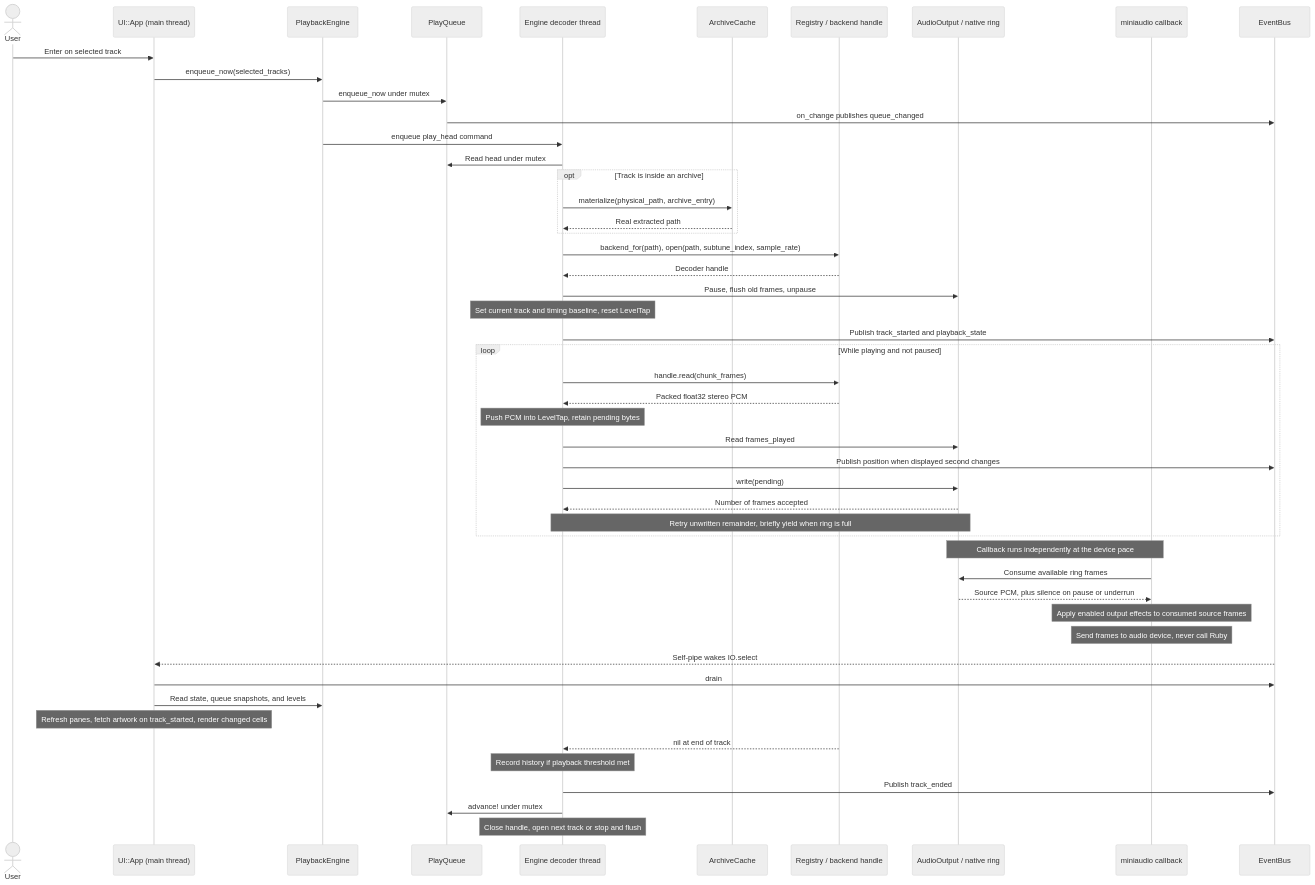
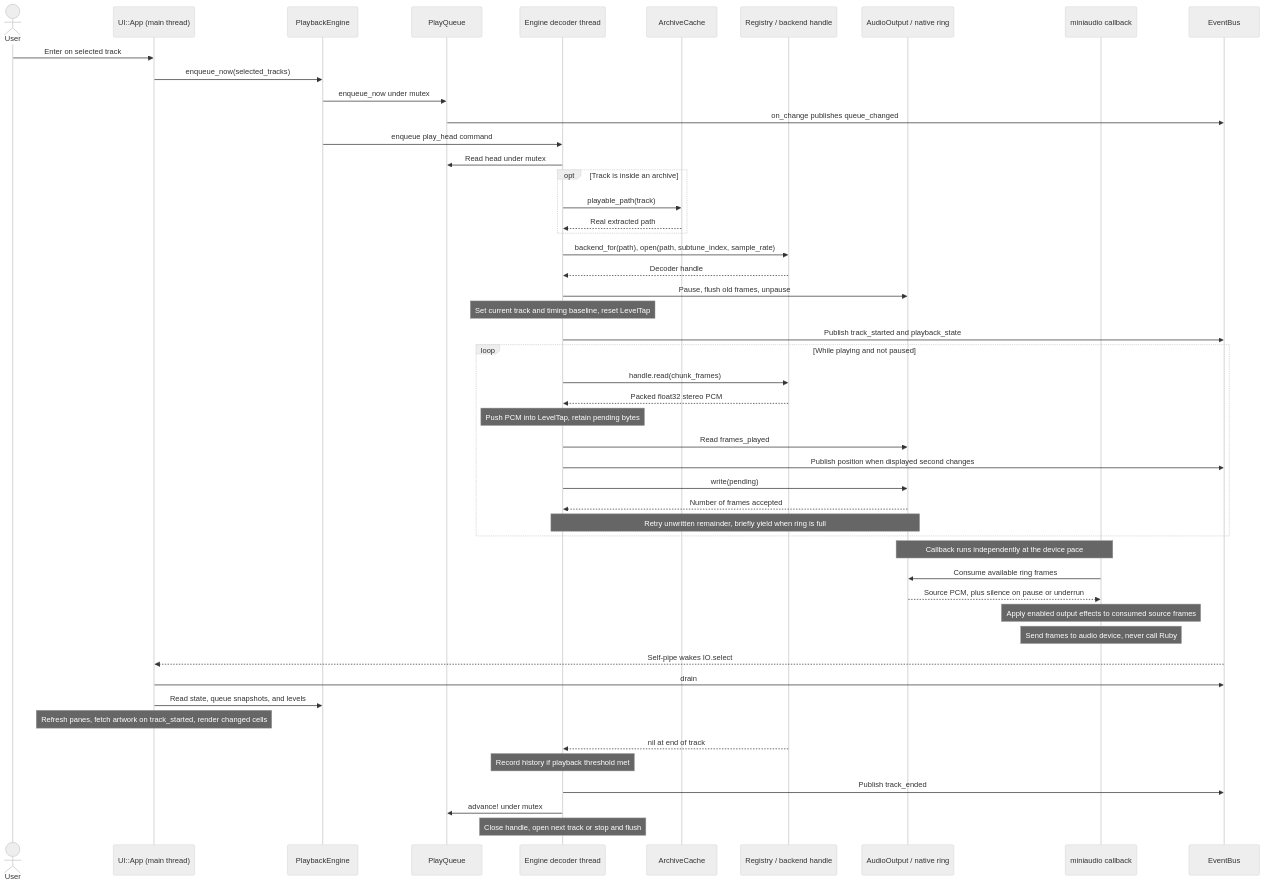
The diagram in docs/explainers/playback.md (booty/rubyplayer), drawn with Mermaid (neutral theme) before and after one commit. The commit also changed other lines of this file and 5 other files, not shown here.

````diff
--- a/docs/explainers/playback.md
+++ b/docs/explainers/playback.md
@@ -9,57 +9,57 @@
 ```mermaid
 sequenceDiagram
     actor User
     participant App as UI::App (main thread)
     participant Engine as PlaybackEngine
     participant Queue as PlayQueue
     participant Decoder as Engine decoder thread
     participant Cache as ArchiveCache
     participant Backend as Registry / backend handle
     participant Audio as AudioOutput / native ring
     participant Callback as miniaudio callback
     participant Bus as EventBus
 
     User->>App: Enter on selected track
     App->>Engine: enqueue_now(selected_tracks)
     Engine->>Queue: enqueue_now under mutex
     Queue->>Bus: on_change publishes queue_changed
     Engine->>Decoder: enqueue play_head command
     Decoder->>Queue: Read head under mutex
     opt Track is inside an archive
-        Decoder->>Cache: materialize(physical_path, archive_entry)
+        Decoder->>Cache: playable_path(track)
         Cache-->>Decoder: Real extracted path
     end
     Decoder->>Backend: backend_for(path), open(path, subtune_index, sample_rate)
     Backend-->>Decoder: Decoder handle
     Decoder->>Audio: Pause, flush old frames, unpause
     Note over Decoder: Set current track and timing baseline, reset LevelTap
     Decoder->>Bus: Publish track_started and playback_state
 
     loop While playing and not paused
         Decoder->>Backend: handle.read(chunk_frames)
         Backend-->>Decoder: Packed float32 stereo PCM
         Note over Decoder: Push PCM into LevelTap, retain pending bytes
         Decoder->>Audio: Read frames_played
         Decoder->>Bus: Publish position when displayed second changes
         Decoder->>Audio: write(pending)
         Audio-->>Decoder: Number of frames accepted
         Note over Decoder,Audio: Retry unwritten remainder, briefly yield when ring is full
     end
 
     Note over Audio,Callback: Callback runs independently at the device pace
     Callback->>Audio: Consume available ring frames
     Audio-->>Callback: Source PCM, plus silence on pause or underrun
     Note over Callback: Apply enabled output effects to consumed source frames
     Note over Callback: Send frames to audio device, never call Ruby
 
     Bus-->>App: Self-pipe wakes IO.select
     App->>Bus: drain
     App->>Engine: Read state, queue snapshots, and levels
     Note over App: Refresh panes, fetch artwork on track_started, render changed cells
 
     Backend-->>Decoder: nil at end of track
     Note over Decoder: Record history if playback threshold met
     Decoder->>Bus: Publish track_ended
     Decoder->>Queue: advance! under mutex
     Note over Decoder: Close handle, open next track or stop and flush
 ```
````
